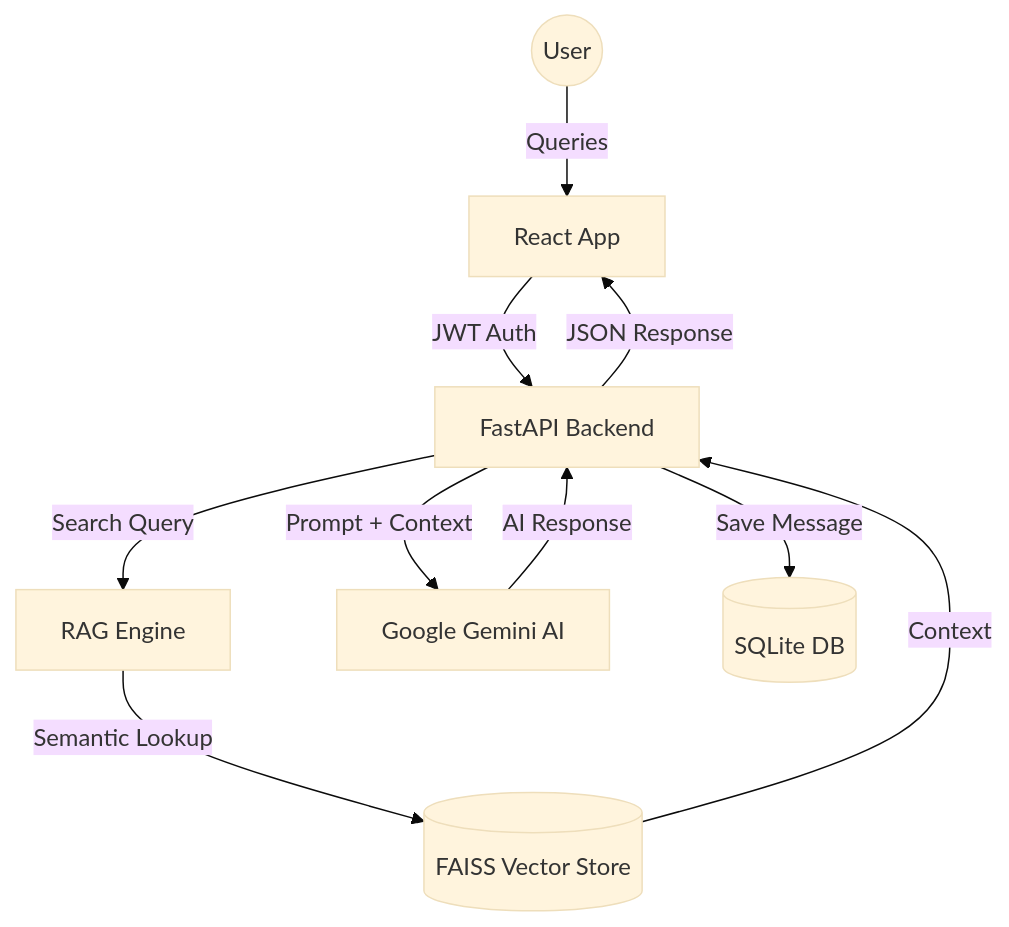
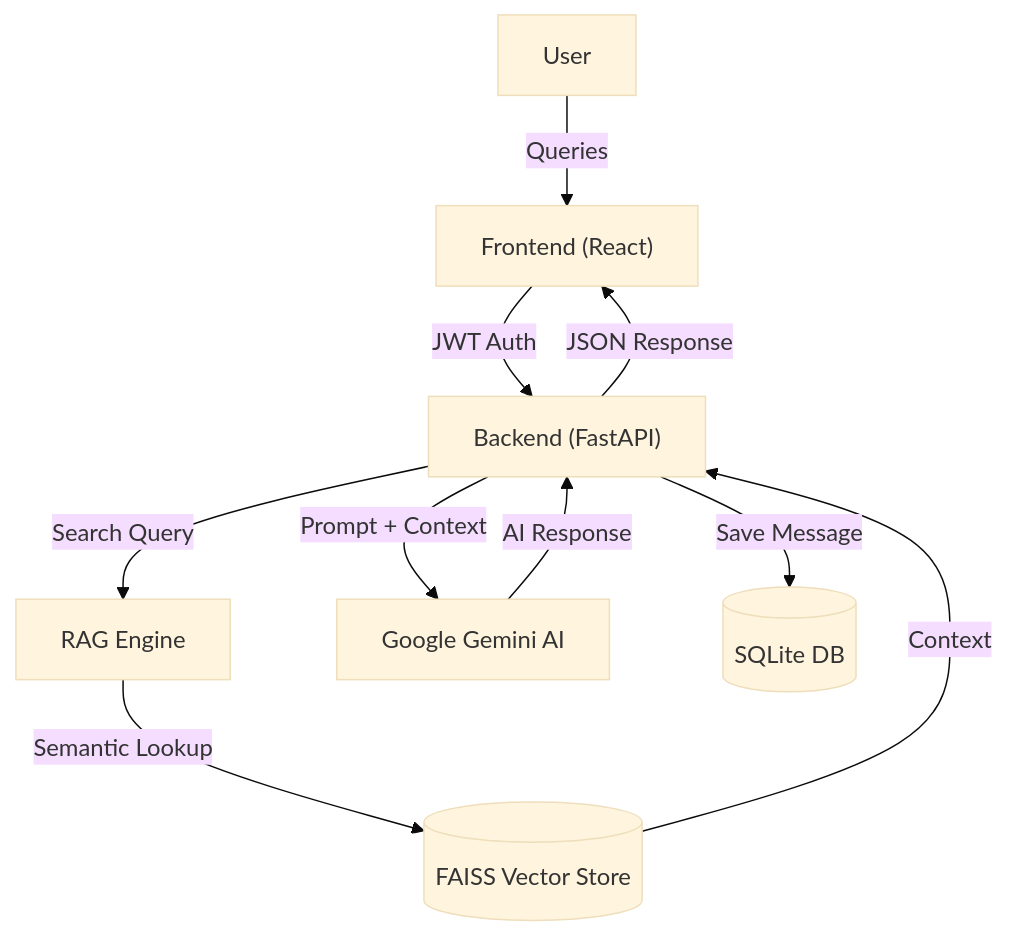
One commit to HaseebAhmad24-collab/JusticeBridge changed the diagram in README.md. Above: the diagram before and after it, drawn with Mermaid (base theme).

Commit message:
Fix: Mermaid diagram syntax in README

````diff
--- a/README.md
+++ b/README.md
@@ -34,12 +34,12 @@
 ```mermaid
 graph TD
-    User((User)) -->|Queries| Frontend[React App]
-    Frontend -->|JWT Auth| API[FastAPI Backend]
-    API -->|Search Query| RAG[RAG Engine]
-    RAG -->|Semantic Lookup| VectorDB[(FAISS Vector Store)]
-    VectorDB -->|Context| API
-    API -->|Prompt + Context| Gemini[Google Gemini AI]
-    Gemini -->|AI Response| API
-    API -->|JSON Response| Frontend
-    API -->|Save Message| DB[(SQLite DB)]
+    A["User"] -->|Queries| B["Frontend (React)"]
+    B -->|JWT Auth| C["Backend (FastAPI)"]
+    C -->|Search Query| D["RAG Engine"]
+    D -->|Semantic Lookup| E[("FAISS Vector Store")]
+    E -->|Context| C
+    C -->|Prompt + Context| F["Google Gemini AI"]
+    F -->|AI Response| C
+    C -->|JSON Response| B
+    C -->|Save Message| G[("SQLite DB")]
 ```
````
